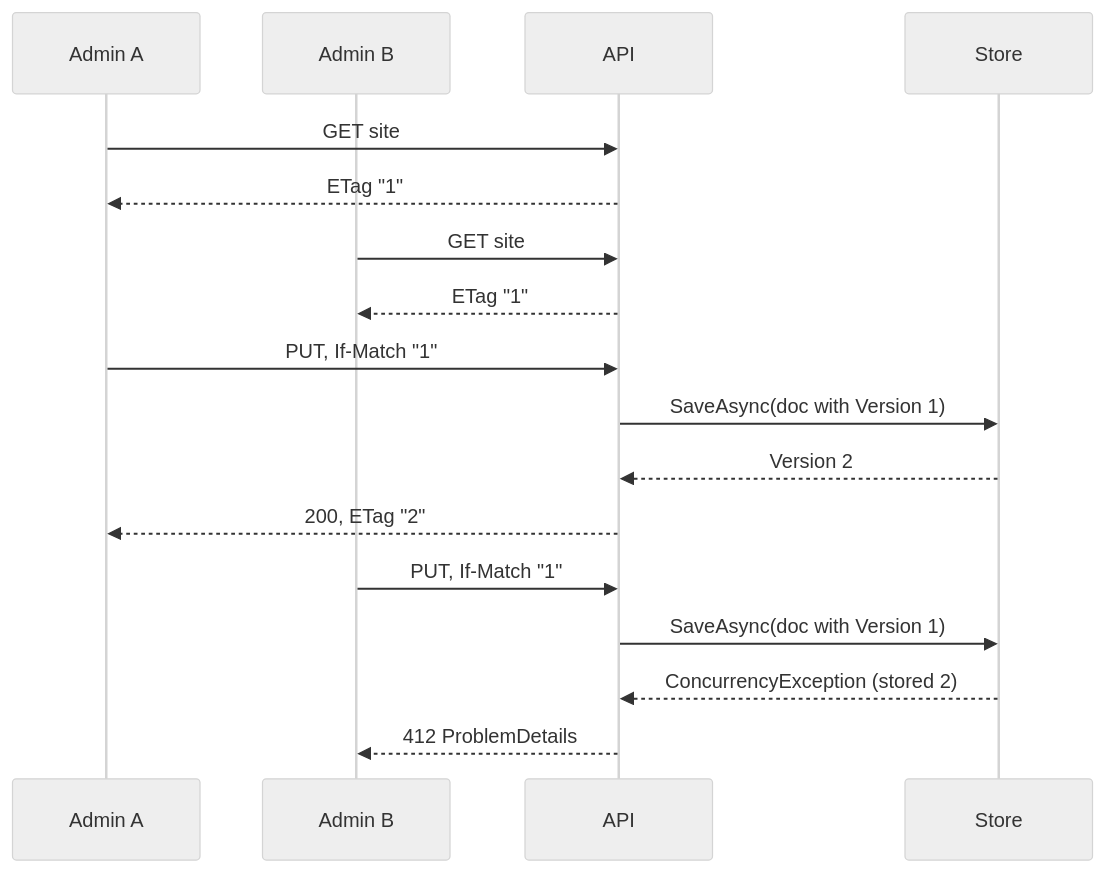
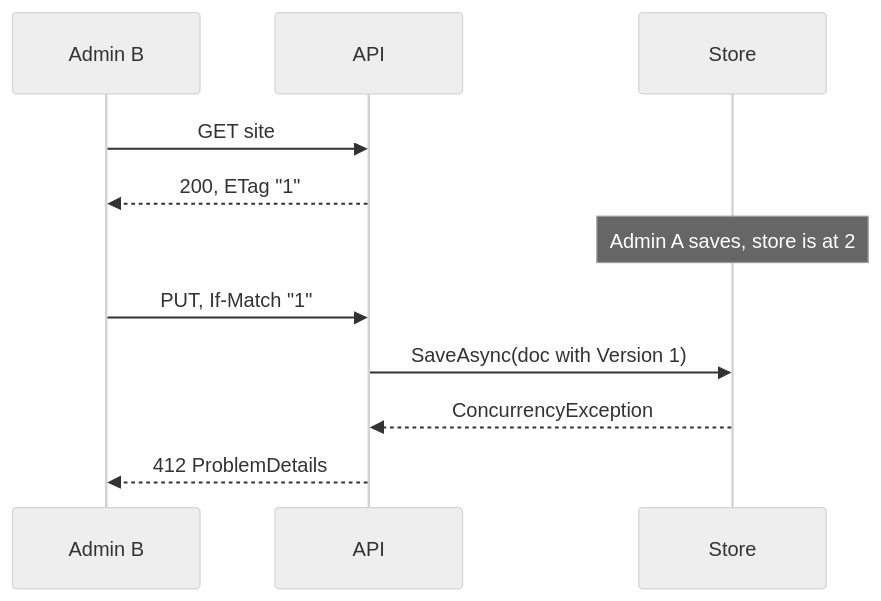
The second of 2 diagrams in docs/plans/SS-10-etag.md (NotThaDev/SiteSense), drawn with Mermaid (neutral theme) before and after one commit. The commit also changed other lines of this file, not shown here.

Commit message:
docs(plans): cut SS-10 plan to the minimal version

````diff
--- a/docs/plans/SS-10-etag.md
+++ b/docs/plans/SS-10-etag.md
@@ -57,19 +50,13 @@
 ```mermaid
 sequenceDiagram
-  participant A as Admin A
   participant B as Admin B
   participant API as API
   participant S as Store
-  A->>API: GET site
-  API-->>A: ETag "1"
   B->>API: GET site
-  API-->>B: ETag "1"
-  A->>API: PUT, If-Match "1"
-  API->>S: SaveAsync(doc with Version 1)
-  S-->>API: Version 2
-  API-->>A: 200, ETag "2"
+  API-->>B: 200, ETag "1"
+  Note over S: Admin A saves, store is at 2
   B->>API: PUT, If-Match "1"
   API->>S: SaveAsync(doc with Version 1)
-  S-->>API: ConcurrencyException (stored 2)
+  S-->>API: ConcurrencyException
   API-->>B: 412 ProblemDetails
 ```
````
